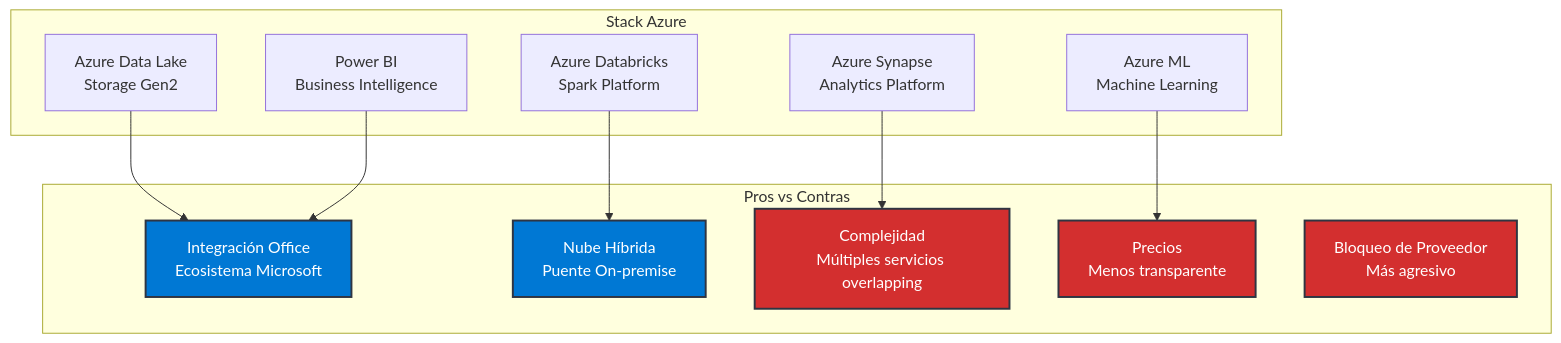
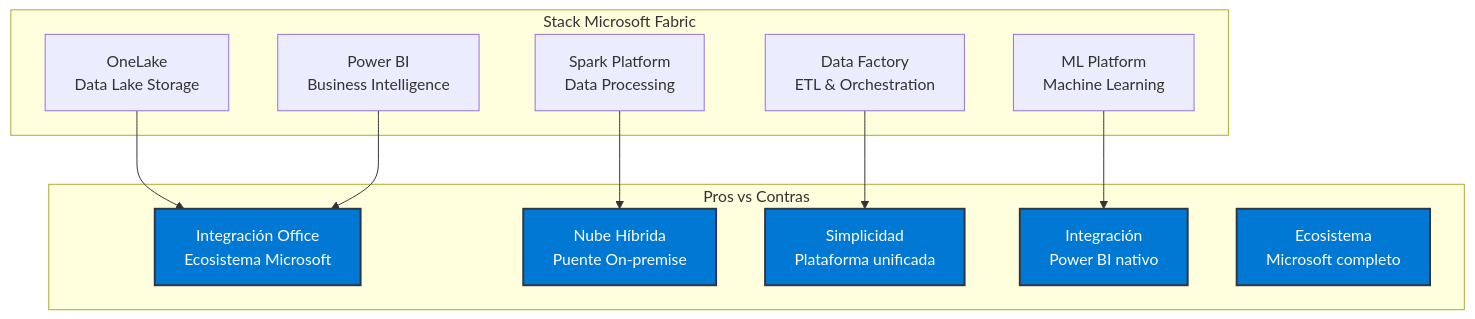
One commit to arielmmdx/offering changed the seventh of 17 diagrams in OFFERING.md. Above: the diagram before and after it, drawn with Mermaid. The commit also changed other lines of this file, not shown here.

````diff
--- a/OFFERING.md
+++ b/OFFERING.md
@@ -328,30 +328,30 @@
 ```mermaid
 graph TB
-    subgraph "Stack Azure"
-        A[Azure Data Lake<br/>Storage Gen2]
-        B[Azure Synapse<br/>Analytics Platform]
-        C[Azure Databricks<br/>Spark Platform]
+    subgraph "Stack Microsoft Fabric"
+        A[OneLake<br/>Data Lake Storage]
+        B[Data Factory<br/>ETL & Orchestration]
+        C[Spark Platform<br/>Data Processing]
         D[Power BI<br/>Business Intelligence]
-        E[Azure ML<br/>Machine Learning]
+        E[ML Platform<br/>Machine Learning]
     end
     
     subgraph "Pros vs Contras"
         F[Integración Office<br/>Ecosistema Microsoft]
         G[Nube Híbrida<br/>Puente On-premise]
-        H[Complejidad<br/>Múltiples servicios overlapping]
-        I[Precios<br/>Menos transparente]
-        J[Bloqueo de Proveedor<br/>Más agresivo]
+        H[Simplicidad<br/>Plataforma unificada]
+        I[Integración<br/>Power BI nativo]
+        J[Ecosistema<br/>Microsoft completo]
     end
     
     A --> F
     B --> H
     C --> G
     D --> F
     E --> I
     
     style F fill:#0078d4,stroke:#2f3542,stroke-width:2px,color:#fff
     style G fill:#0078d4,stroke:#2f3542,stroke-width:2px,color:#fff
-    style H fill:#d32f2f,stroke:#2f3542,stroke-width:2px,color:#fff
-    style I fill:#d32f2f,stroke:#2f3542,stroke-width:2px,color:#fff
-    style J fill:#d32f2f,stroke:#2f3542,stroke-width:2px,color:#fff
+    style H fill:#0078d4,stroke:#2f3542,stroke-width:2px,color:#fff
+    style I fill:#0078d4,stroke:#2f3542,stroke-width:2px,color:#fff
+    style J fill:#0078d4,stroke:#2f3542,stroke-width:2px,color:#fff
 ```
````
